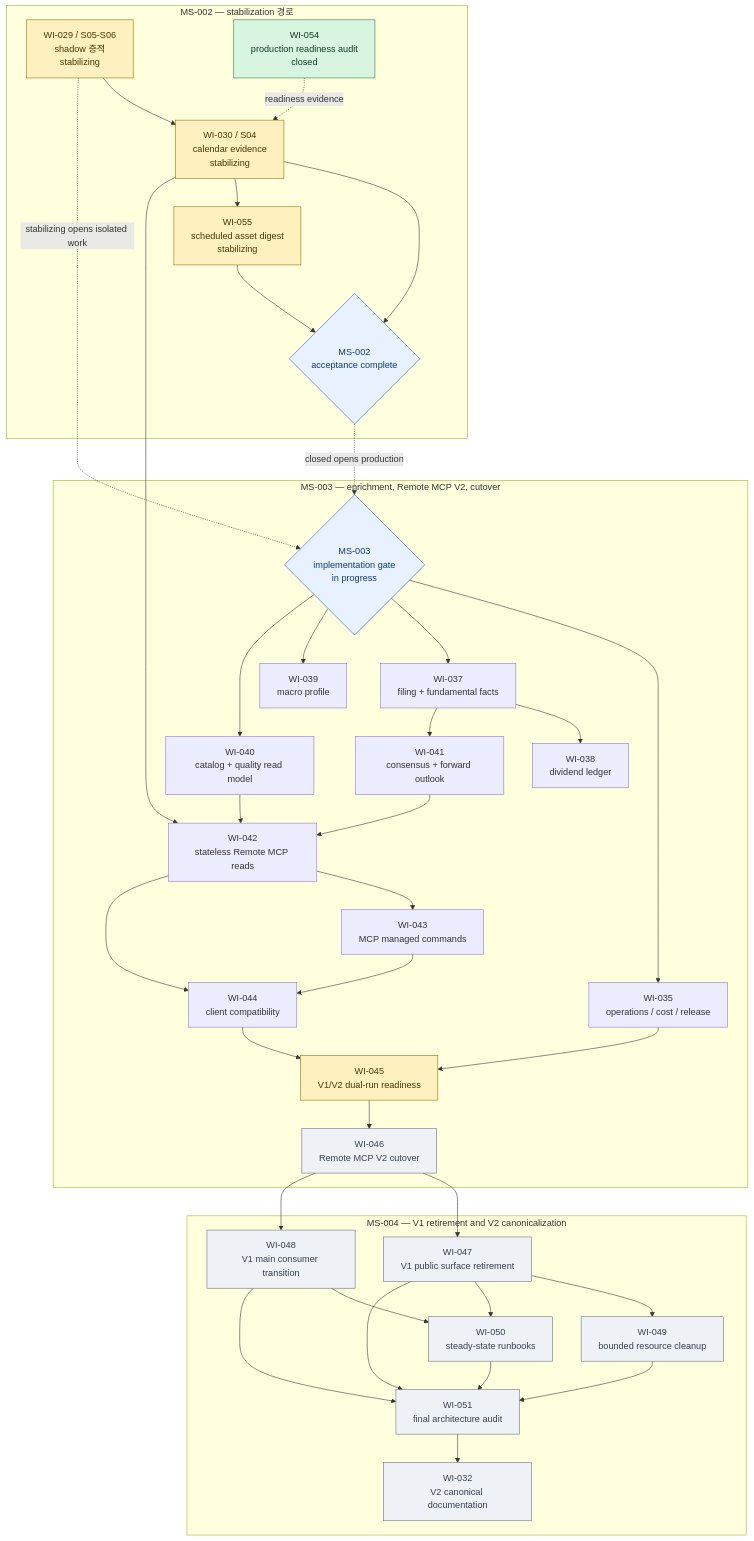
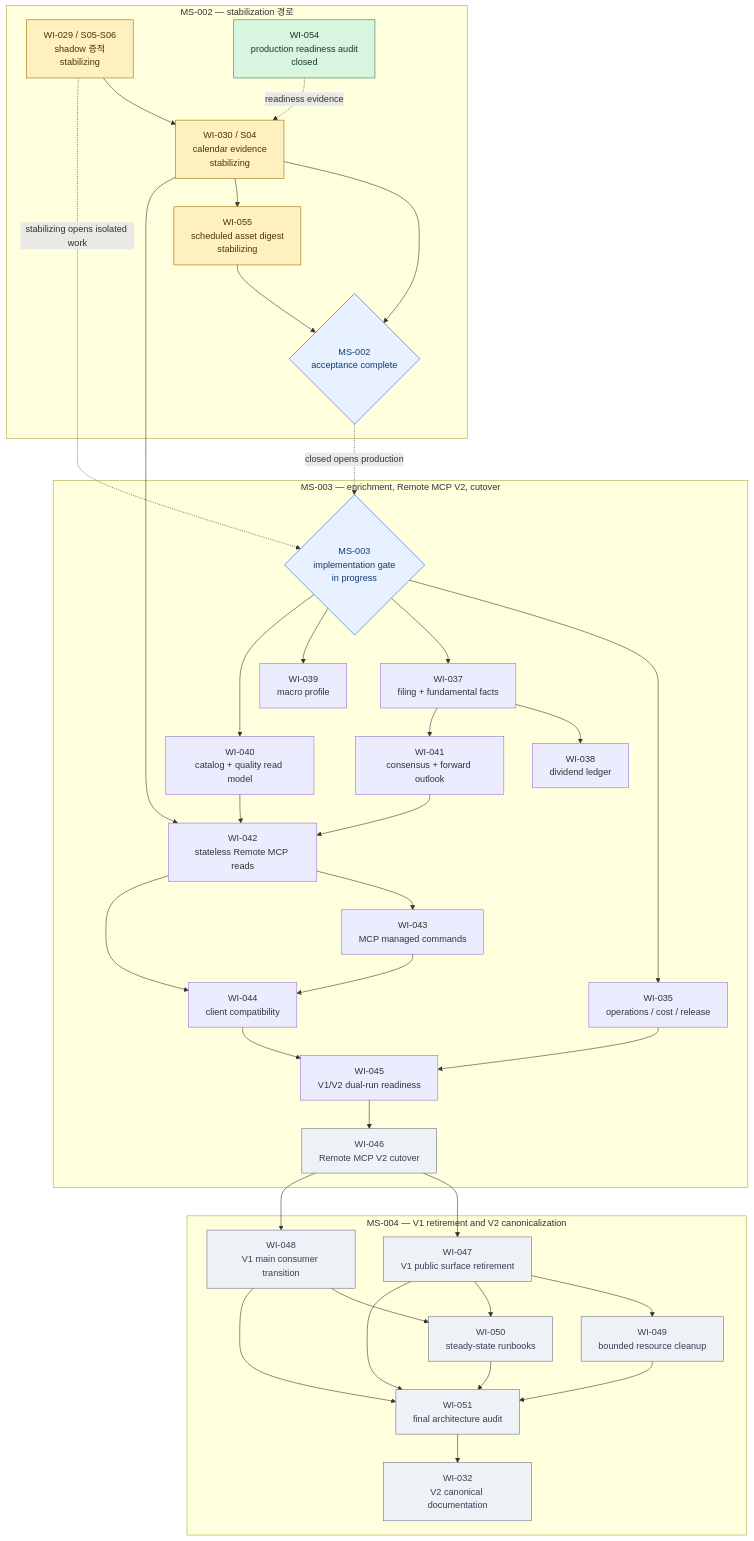
One commit to meringue5/KIS_Portfolio_MCP changed the third of 3 diagrams in docs/milestones/README.md. Above: the diagram before and after it, drawn with Mermaid. The commit also changed other lines of this file and 4 other files, not shown here.

````diff
--- a/docs/milestones/README.md
+++ b/docs/milestones/README.md
@@ -144,81 +144,81 @@
 ```mermaid
 flowchart TB
     subgraph M2["MS-002 — stabilization 경로"]
         W29["WI-029 / S05-S06<br/>shadow 증적<br/>stabilizing"]
         W30["WI-030 / S04<br/>calendar evidence<br/>stabilizing"]
         W54["WI-054<br/>production readiness audit<br/>closed"]
         W55["WI-055<br/>scheduled asset digest<br/>stabilizing"]
         M2DONE{"MS-002<br/>acceptance complete"}
         W29 --> W30 --> M2DONE
         W30 --> W55 --> M2DONE
         W54 -. readiness evidence .-> W30
     end
 
     subgraph M3["MS-003 — enrichment, Remote MCP V2, cutover"]
         M3OPEN{"MS-003<br/>implementation gate<br/>in progress"}
         W35["WI-035<br/>operations / cost / release"]
         W37["WI-037<br/>filing + fundamental facts"]
         W38["WI-038<br/>dividend ledger"]
         W39["WI-039<br/>macro profile"]
         W40["WI-040<br/>catalog + quality read model"]
         W41["WI-041<br/>consensus + forward outlook"]
         W42["WI-042<br/>stateless Remote MCP reads"]
         W43["WI-043<br/>MCP managed commands"]
         W44["WI-044<br/>client compatibility"]
         W45["WI-045<br/>V1/V2 dual-run readiness"]
         W46["WI-046<br/>Remote MCP V2 cutover"]
 
         M3OPEN --> W35
         M3OPEN --> W37
         M3OPEN --> W39
         M3OPEN --> W40
         W37 --> W38
         W37 --> W41
         W30 --> W42
         W40 --> W42
         W41 --> W42
         W42 --> W43
         W42 --> W44
         W43 --> W44
         W35 --> W45
         W44 --> W45 --> W46
     end
 
     subgraph M4["MS-004 — V1 retirement and V2 canonicalization"]
         W47["WI-047<br/>V1 public surface retirement"]
         W48["WI-048<br/>V1 main consumer transition"]
         W49["WI-049<br/>bounded resource cleanup"]
         W50["WI-050<br/>steady-state runbooks"]
         W51["WI-051<br/>final architecture audit"]
         W32["WI-032<br/>V2 canonical documentation"]
 
         W46 --> W47
         W46 --> W48
         W47 --> W49
         W47 --> W50
         W48 --> W50
         W47 --> W51
         W48 --> W51
         W49 --> W51
         W50 --> W51
         W51 --> W32
     end
 
     W29 -. stabilizing opens isolated work .-> M3OPEN
     M2DONE -. closed opens production .-> M3OPEN
 
     classDef active fill:#fff1bf,stroke:#9a6b00,color:#4b3500;
     classDef closed fill:#d7f5df,stroke:#2d7a46,color:#173b24;
     classDef ready fill:#e8f1ff,stroke:#175cd3,color:#123b72;
     classDef blocked fill:#fde2e2,stroke:#b42318,color:#5b1712;
     classDef proposed fill:#eef1f5,stroke:#667085,color:#344054;
     classDef gate fill:#e8f1ff,stroke:#175cd3,color:#123b72;
     class W29,W30 active;
     class W54 closed;
     class W55 active;
     class W35,W40 verified;
     class W37,W38,W39,W41,W42,W43,W44 verified;
-    class W45 active;
+    class W45 verified;
     class W46,W47,W48,W49,W50,W51,W32 proposed;
     class M2DONE,M3OPEN gate;
 ```
````
